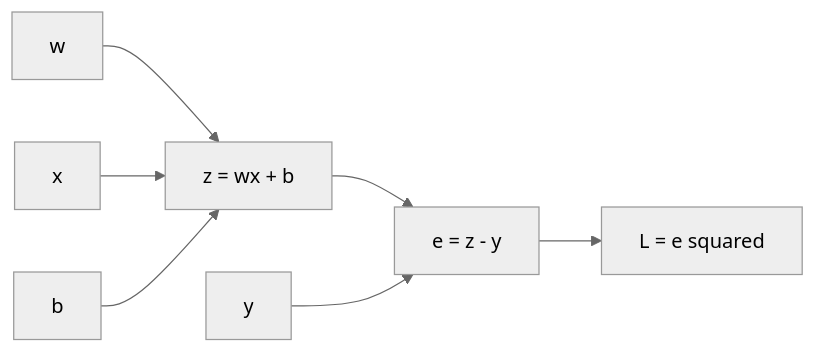
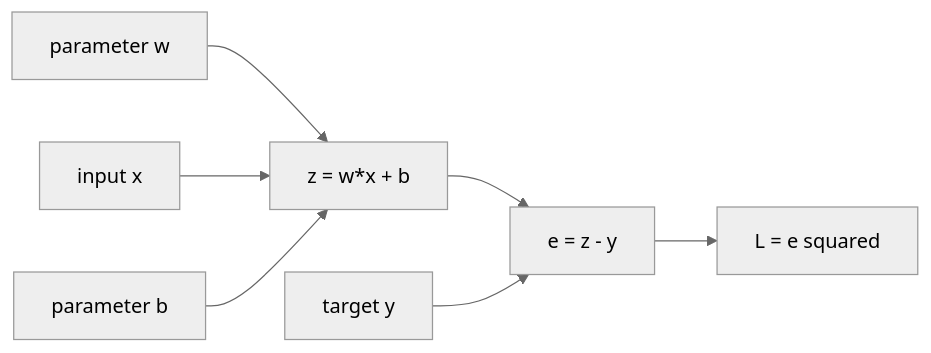
The diagram in ai_theory/T4/T4.md (FxorG00/system-learning-notes), drawn with Mermaid (neutral theme) before and after one commit. The commit also changed other lines of this file and 34 other files, not shown here.

````diff
--- a/ai_theory/T4/T4.md
+++ b/ai_theory/T4/T4.md
@@ -49,9 +135,9 @@
 ```mermaid
 flowchart LR
-    W[w] --> Z[z = wx + b]
-    X[x] --> Z
-    B[b] --> Z
-    Z --> E[e = z - y]
-    Y[y] --> E
-    E --> L[L = e squared]
+    W["parameter w"] --> Z["z = w*x + b"]
+    X["input x"] --> Z
+    B["parameter b"] --> Z
+    Z --> E["e = z - y"]
+    Y["target y"] --> E
+    E --> L["L = e squared"]
 ```
````
